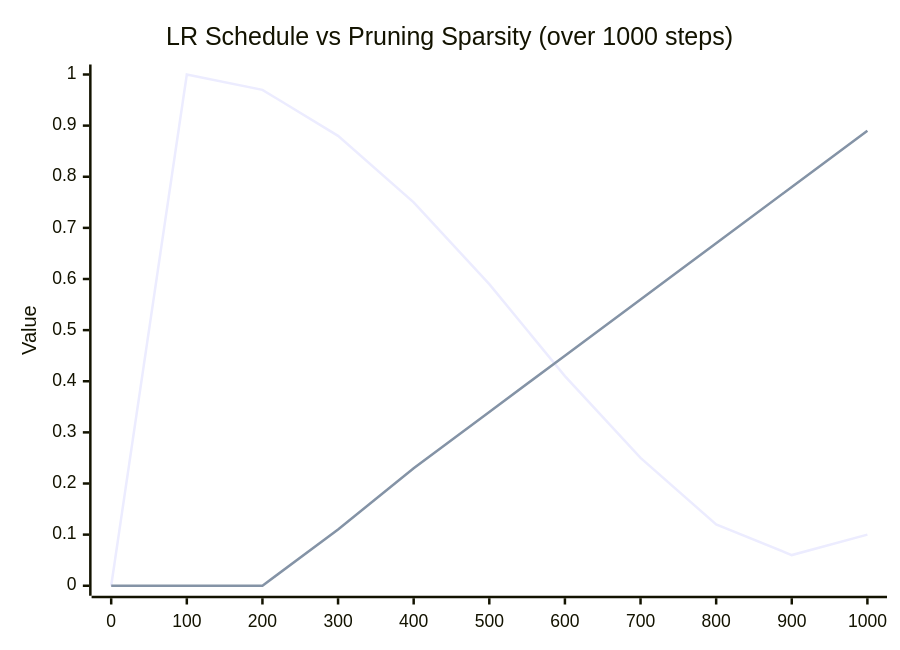
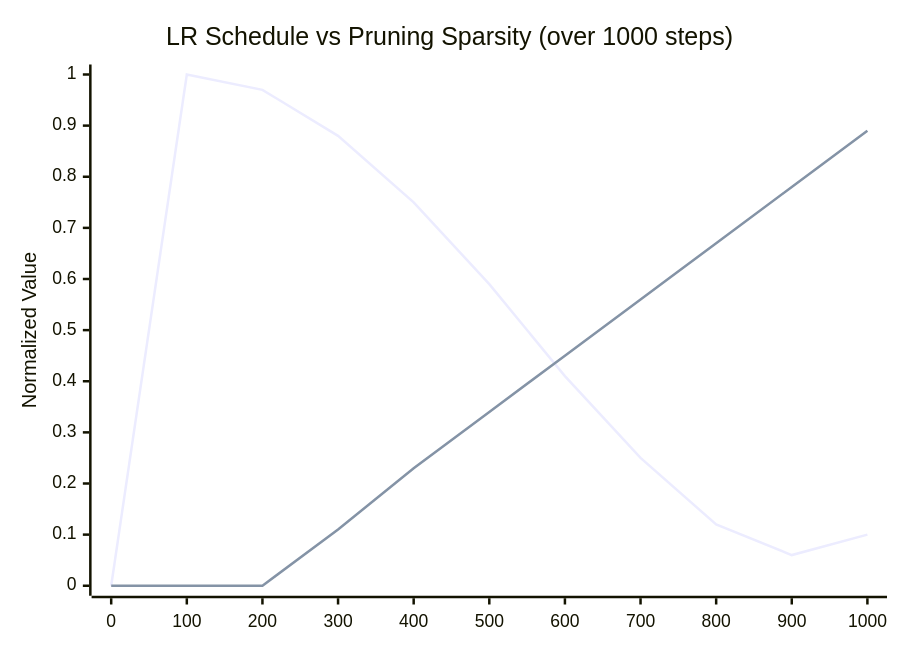
The fifth of 5 diagrams in README.md (hkevin01/unified-ml-optimizations), drawn with Mermaid before and after one commit. The commit also changed other lines of this file, not shown here.

````diff
--- a/README.md
+++ b/README.md
@@ -442,8 +473,8 @@
 ```mermaid
 xychart-beta
     title "LR Schedule vs Pruning Sparsity (over 1000 steps)"
     x-axis [0, 100, 200, 300, 400, 500, 600, 700, 800, 900, 1000]
-    y-axis "Value" 0 --> 1
+    y-axis "Normalized Value" 0 --> 1
     line [0.0, 1.0, 0.97, 0.88, 0.75, 0.59, 0.41, 0.25, 0.12, 0.06, 0.1]
     line [0.0, 0.0, 0.0, 0.11, 0.23, 0.34, 0.45, 0.56, 0.67, 0.78, 0.89]
 ```
````
